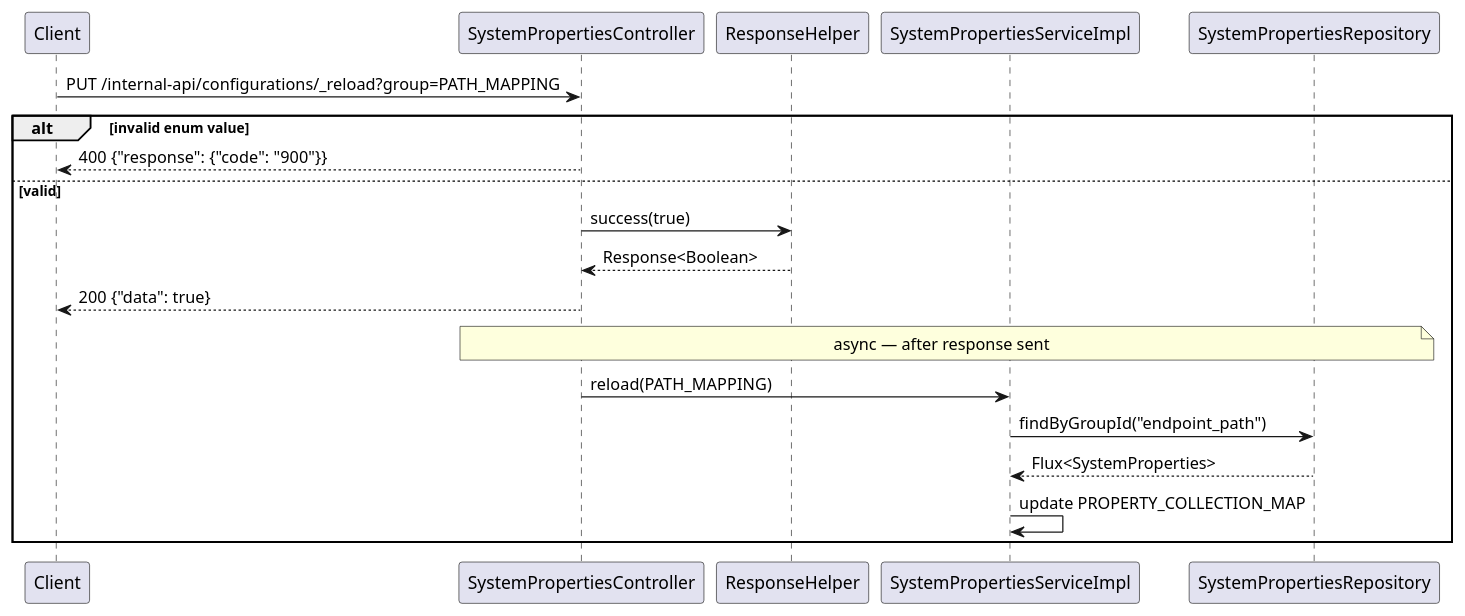
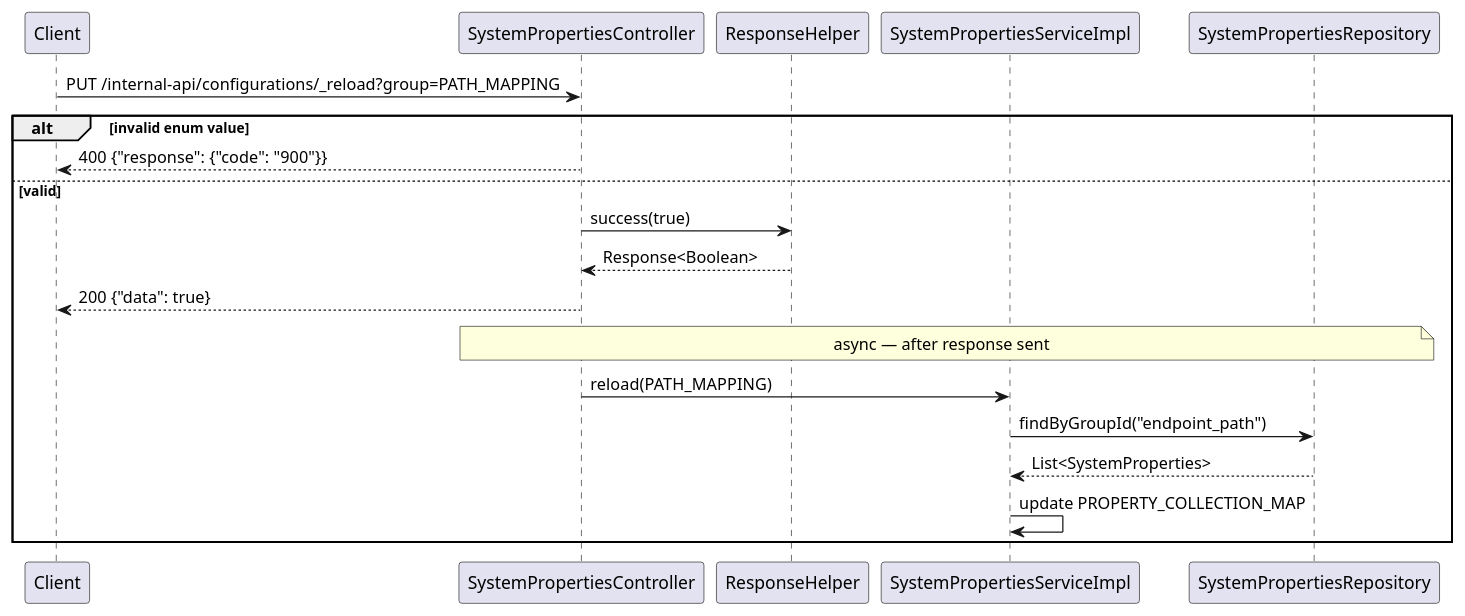
Before and after one commit to nantaaditya/sotres-boilerplate: the ninth of 14 diagrams in docs/api-reference.md, drawn with PlantUML. The commit also changed other lines of this file and 1 other file, not shown here.

````diff
--- a/docs/api-reference.md
+++ b/docs/api-reference.md
@@ -612,24 +618,24 @@
 ```plantuml
 @startuml
 participant Client
 participant "SystemPropertiesController" as Controller
 participant "ResponseHelper" as Helper
 participant "SystemPropertiesServiceImpl" as Service
 participant "SystemPropertiesRepository" as Repo
 
 Client -> Controller : PUT /internal-api/configurations/_reload?group=PATH_MAPPING
 
 alt invalid enum value
     Controller --> Client : 400 {"response": {"code": "900"}}
 else valid
     Controller -> Helper : success(true)
     Helper --> Controller : Response<Boolean>
     Controller --> Client : 200 {"data": true}
     note over Controller, Repo : async — after response sent
     Controller -> Service : reload(PATH_MAPPING)
     Service -> Repo : findByGroupId("endpoint_path")
-    Repo --> Service : Flux<SystemProperties>
+    Repo --> Service : List<SystemProperties>
     Service -> Service : update PROPERTY_COLLECTION_MAP
 end
 @enduml
 ```
````
